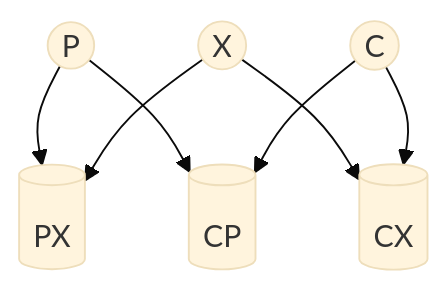
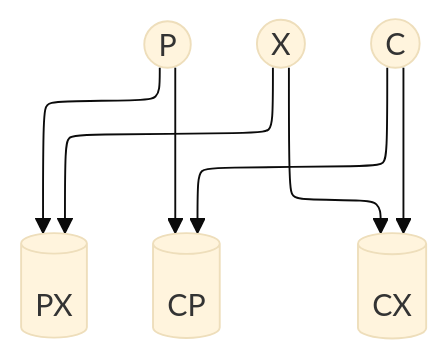
The second of 5 diagrams in vms/saevm/cchain/README.md (ava-labs/avalanchego), drawn with Mermaid (base theme) before and after one commit.

````diff
--- a/vms/saevm/cchain/README.md
+++ b/vms/saevm/cchain/README.md
@@ -63,17 +63,18 @@
 ```mermaid
+%%{init: {"flowchart": {"defaultRenderer": "elk"}} }%%
 flowchart TB
     P((P))
     X((X))
     C((C))
 
     PX[("PX")]
     CP[("CP")]
     CX[("CX")]
 
     P --> PX
     X --> PX
     P --> CP
     C --> CP
     X --> CX
     C --> CX
 ```
````
